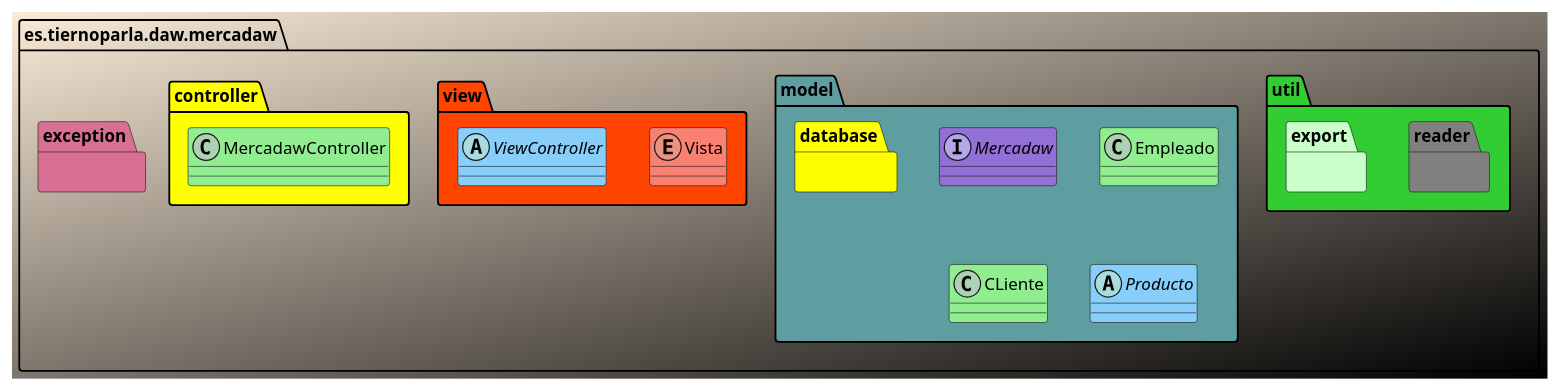
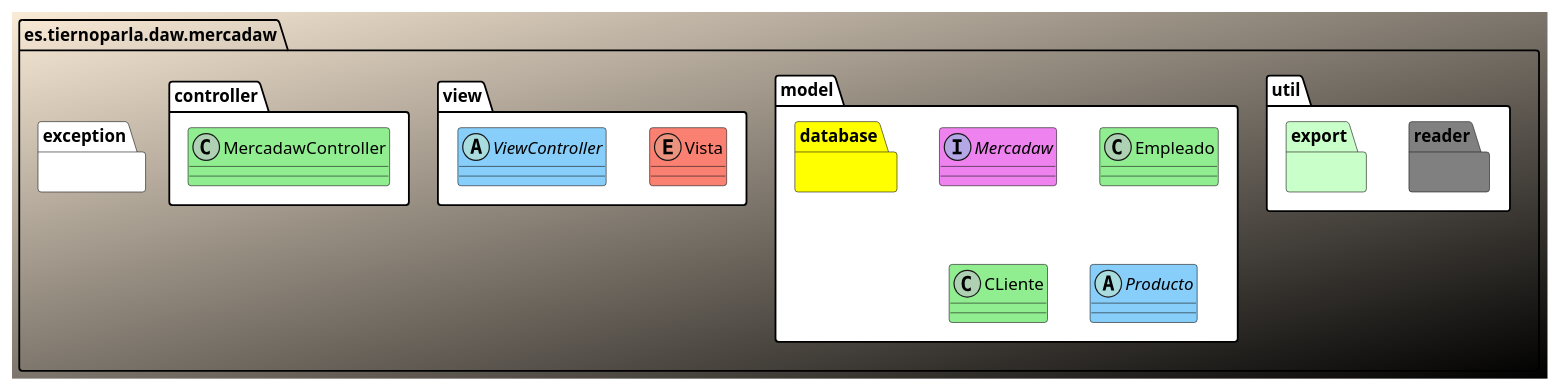
The first of 2 diagrams in design/DiagramaClases.pu (adrils16/MercaDawFinal), drawn with PlantUML before and after one commit. The commit also changed other lines of this file and 2 other files, not shown here.

Commit message:
Añadido Componentes y empezando Clases

```diff
--- a/design/DiagramaClases.pu
+++ b/design/DiagramaClases.pu
@@ -1,70 +1,67 @@
-@startuml Diagrama de Clases
+@startuml Diagrama de Clases Borrar
 skinparam BackgroundColor antiquewhite/black
 allow_mixing
 set namespaceSeparator none
 
 package es.tiernoparla.daw.mercadaw{
 
-    package util #LimeGreen{
+    package util #White{
 
         package reader #Grey{
 
         }
 
         package export #TECHNOLOGY{
 
         }
     }
 
-    package exception #PaleVioletRed{
+    package exception #White{
 
     }
 
-    package model #CadetBlue{
+    package model #White{
 
-        interface Mercadaw #MediumPurple{
+        interface Mercadaw #Violet{
 
         }
 
         class Empleado #LightGreen{
 
         }
     
         class CLiente #LightGreen{
 
         }
 
         package database #Yellow{
 
         }
 
         abstract Producto #LightSkyBlue{
 
         }
 
     }
 
-    package view #OrangeRed{
+    package view #White{
 
         enum Vista #Salmon{
 
         }
 
         abstract ViewController #LightSkyBlue{
 
         }
     }
 
-    package controller #Yellow{
+    package controller #White{
         
         class MercadawController #LightGreen{
 
         }
     }
 
 }
 
-
-
-
 @enduml
```
